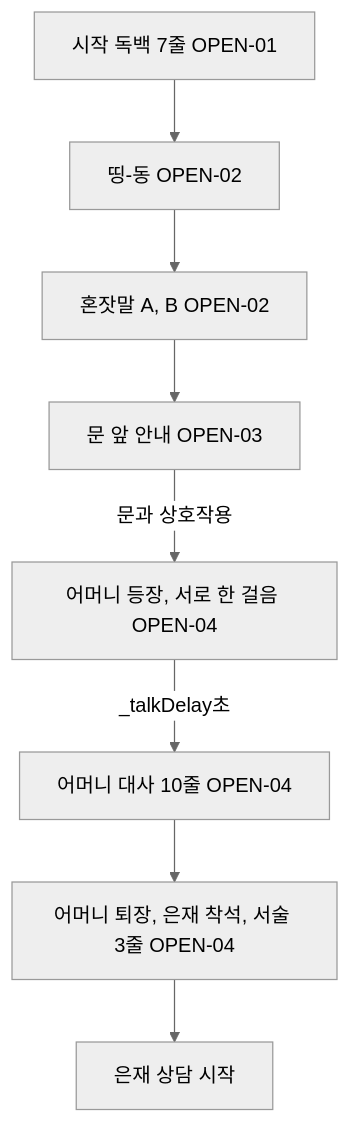
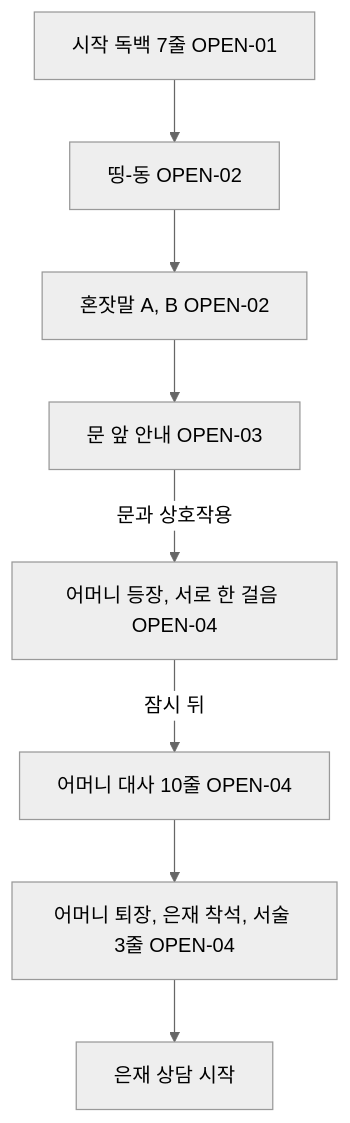
Before and after one commit to xpaklove12-lang/Corner1: the diagram in docs/specs/opening.md, drawn with Mermaid (neutral theme). The commit also changed other lines of this file and 11 other files, not shown here.

````diff
--- a/docs/specs/opening.md
+++ b/docs/specs/opening.md
@@ -9,10 +9,10 @@
 ```mermaid
 flowchart TD
     A[시작 독백 7줄 OPEN-01] --> B["띵-동 OPEN-02"]
     B --> C[혼잣말 A, B OPEN-02]
     C --> D["문 앞 안내 OPEN-03"]
     D -->|문과 상호작용| E[어머니 등장, 서로 한 걸음 OPEN-04]
-    E -->|_talkDelay초| F[어머니 대사 10줄 OPEN-04]
+    E -->|잠시 뒤| F[어머니 대사 10줄 OPEN-04]
     F --> G[어머니 퇴장, 은재 착석, 서술 3줄 OPEN-04]
     G --> H[은재 상담 시작]
 ```
````
